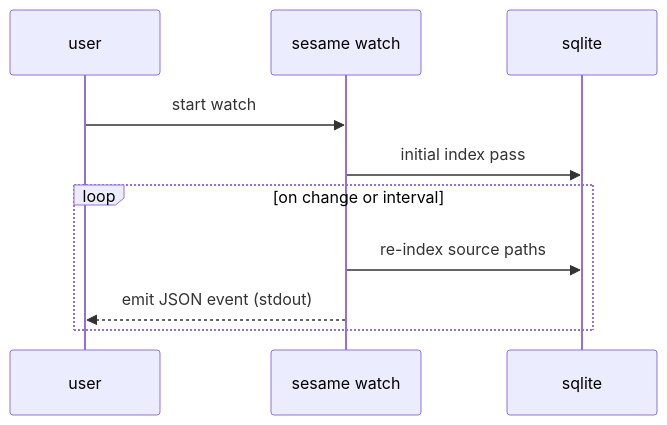
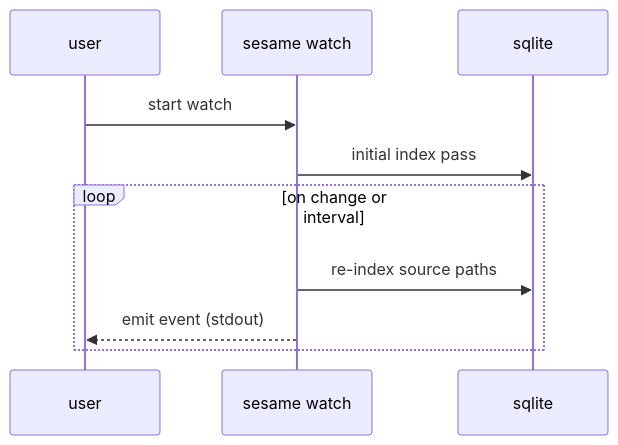
One commit to aliou/sesame changed the diagram in docs/cli-usage.md. Above: the diagram before and after it, drawn with Mermaid. The commit also changed other lines of this file and 58 other files, not shown here.

````diff
--- a/docs/cli-usage.md
+++ b/docs/cli-usage.md
@@ -205,13 +282,13 @@
 ```mermaid
 sequenceDiagram
   participant U as user
   participant W as sesame watch
   participant DB as sqlite
 
   U->>W: start watch
   W->>DB: initial index pass
   loop on change or interval
     W->>DB: re-index source paths
-    W-->>U: emit JSON event (stdout)
+    W-->>U: emit event (stdout)
   end
 ```
````
